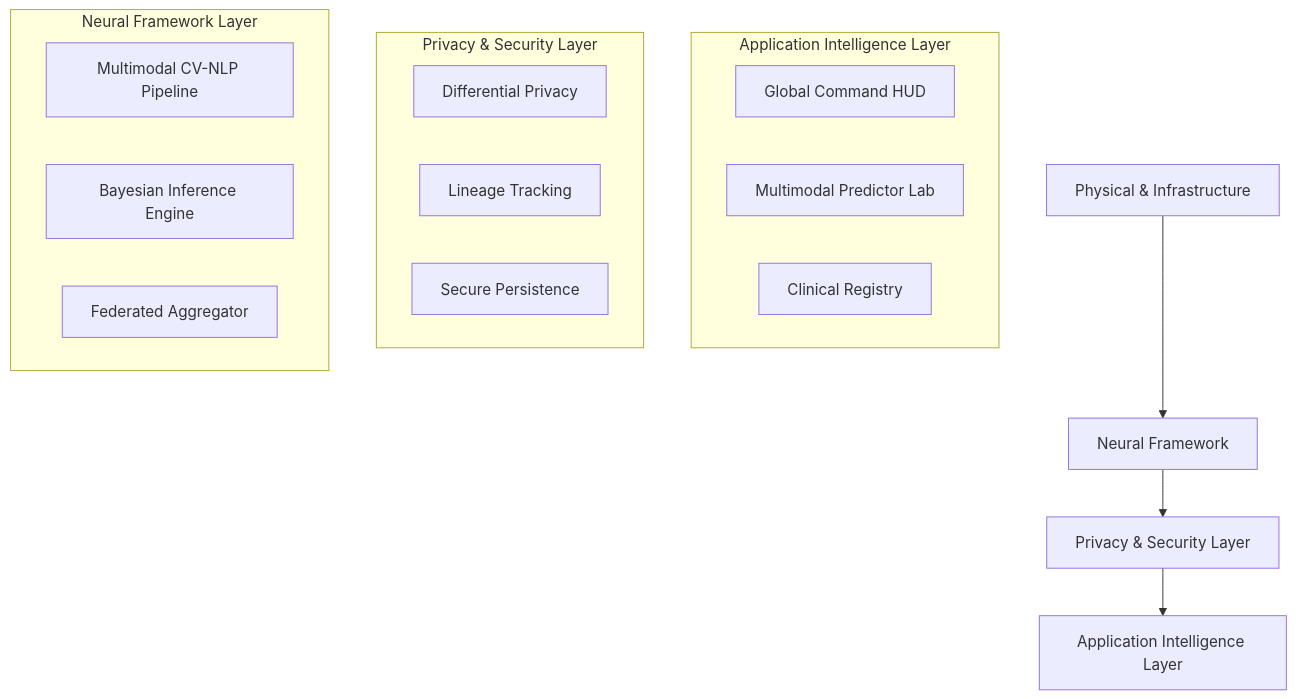
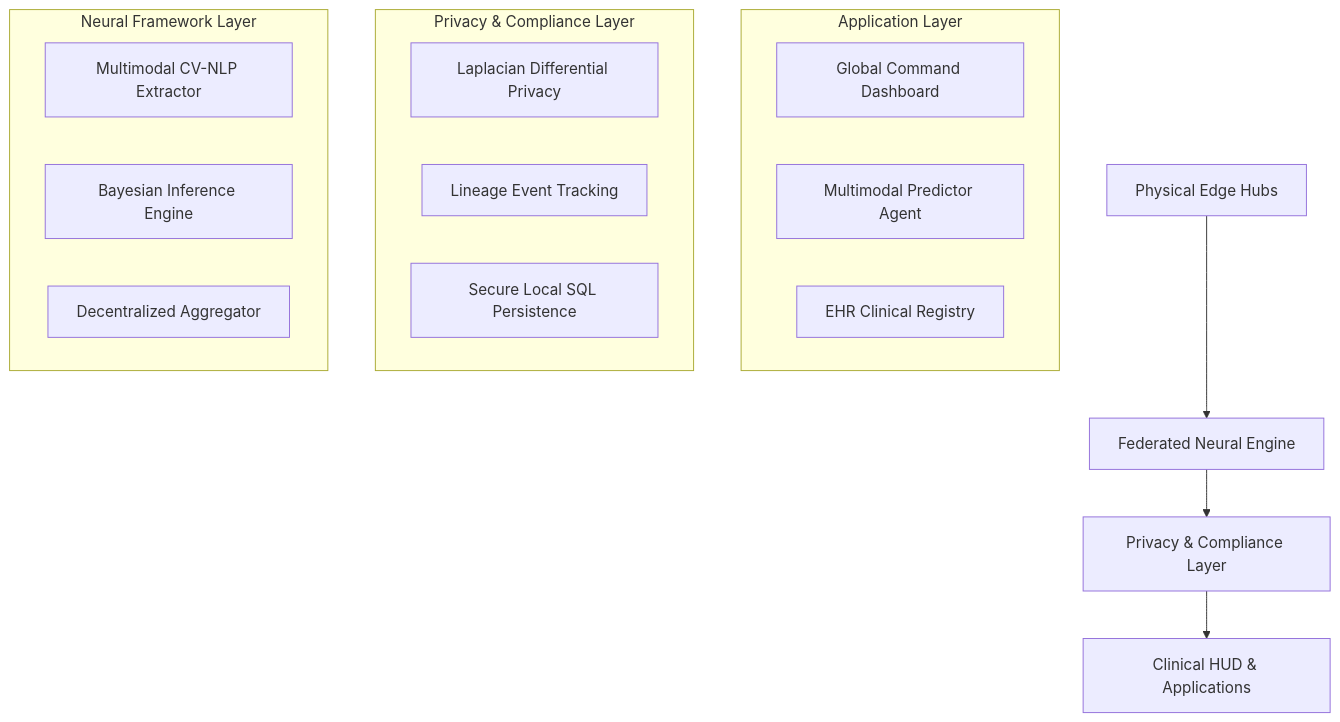
Before and after one commit to FilippeZ/dermagnosis-federated-learning: the diagram in README.md, drawn with Mermaid. The commit also changed other lines of this file, not shown here.

````diff
--- a/README.md
+++ b/README.md
@@ -53,24 +54,24 @@
 ```mermaid
 graph TD
-    A[Physical & Infrastructure] --> B[Neural Framework]
-    B --> C[Privacy & Security Layer]
-    C --> D[Application Intelligence Layer]
+    A[Physical Edge Hubs] --> B[Federated Neural Engine]
+    B --> C[Privacy & Compliance Layer]
+    C --> D[Clinical HUD & Applications]
     
-    subgraph "Application Intelligence Layer"
-        D1[Global Command HUD]
-        D2[Multimodal Predictor Lab]
-        D3[Clinical Registry]
+    subgraph "Application Layer"
+        D1[Global Command Dashboard]
+        D2[Multimodal Predictor Agent]
+        D3[EHR Clinical Registry]
     end
     
-    subgraph "Privacy & Security Layer"
-        C1[Differential Privacy]
-        C2[Lineage Tracking]
-        C3[Secure Persistence]
+    subgraph "Privacy & Compliance Layer"
+        C1[Laplacian Differential Privacy]
+        C2[Lineage Event Tracking]
+        C3[Secure Local SQL Persistence]
     end
     
     subgraph "Neural Framework Layer"
-        B1[Multimodal CV-NLP Pipeline]
+        B1[Multimodal CV-NLP Extractor]
         B2[Bayesian Inference Engine]
-        B3[Federated Aggregator]
+        B3[Decentralized Aggregator]
     end
 ```
````
